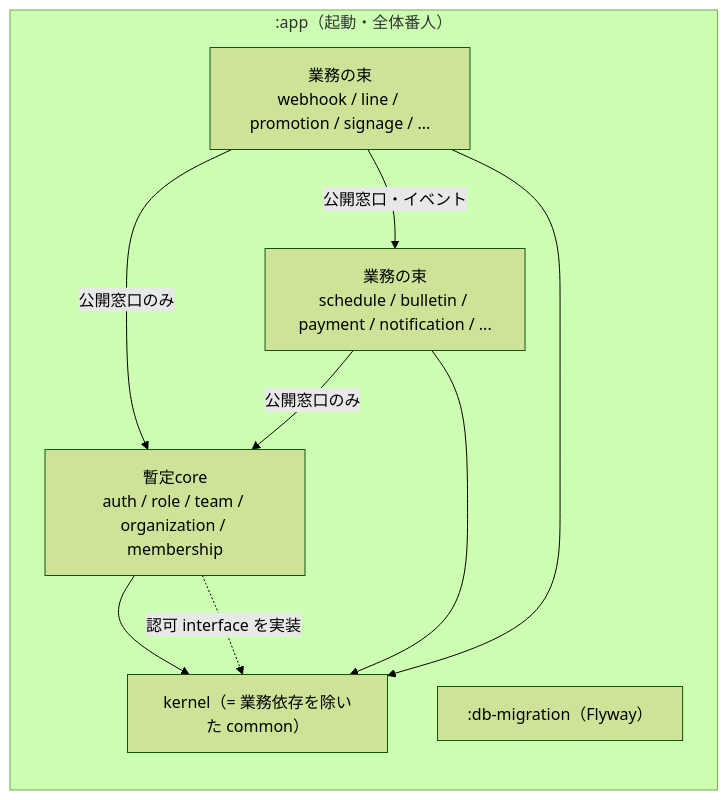
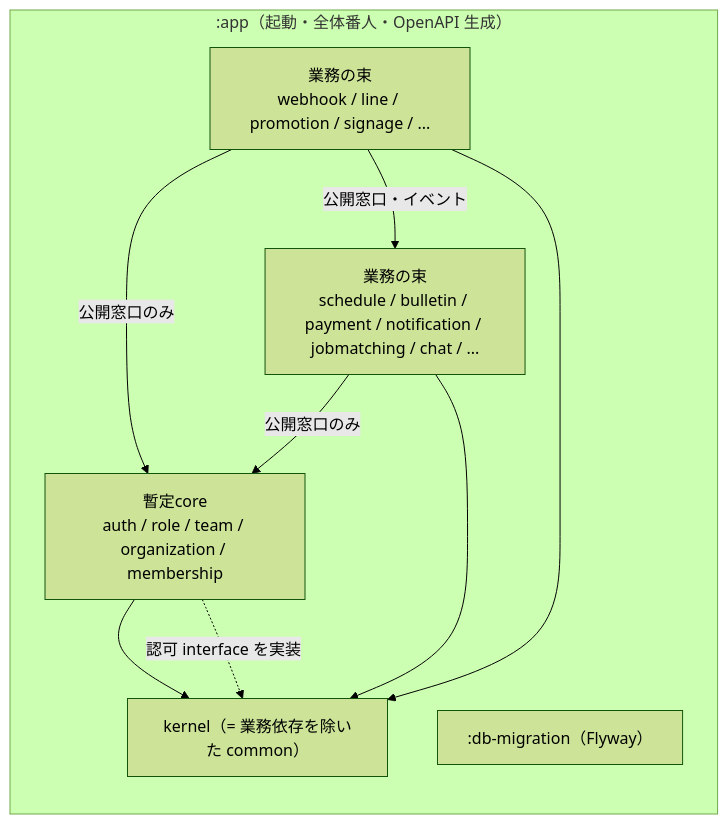
Before and after one commit to kenta-0420/mannschaft: the first of 3 diagrams in docs/architecture/modular_monolith_boundary_debt_repayment.md, drawn with Mermaid (forest theme). The commit also changed other lines of this file, not shown here.

````diff
--- a/docs/architecture/modular_monolith_boundary_debt_repayment.md
+++ b/docs/architecture/modular_monolith_boundary_debt_repayment.md
@@ -193,18 +201,18 @@
 ```mermaid
 flowchart TB
-  subgraph App[":app（起動・全体番人）"]
+  subgraph App[":app（起動・全体番人・OpenAPI 生成）"]
     direction TB
     B1["業務の束<br/>webhook / line / promotion / signage / ..."]
-    B2["業務の束<br/>schedule / bulletin / payment / notification / ..."]
+    B2["業務の束<br/>schedule / bulletin / payment / notification / jobmatching / chat / ..."]
     CORE["暫定core<br/>auth / role / team / organization / membership"]
     K["kernel（= 業務依存を除いた common）"]
     DB[":db-migration（Flyway）"]
   end
   B1 -- 公開窓口のみ --> CORE
   B2 -- 公開窓口のみ --> CORE
   B1 -- 公開窓口・イベント --> B2
   B1 --> K
   B2 --> K
   CORE --> K
   CORE -. 認可 interface を実装 .-> K
 ```
````
